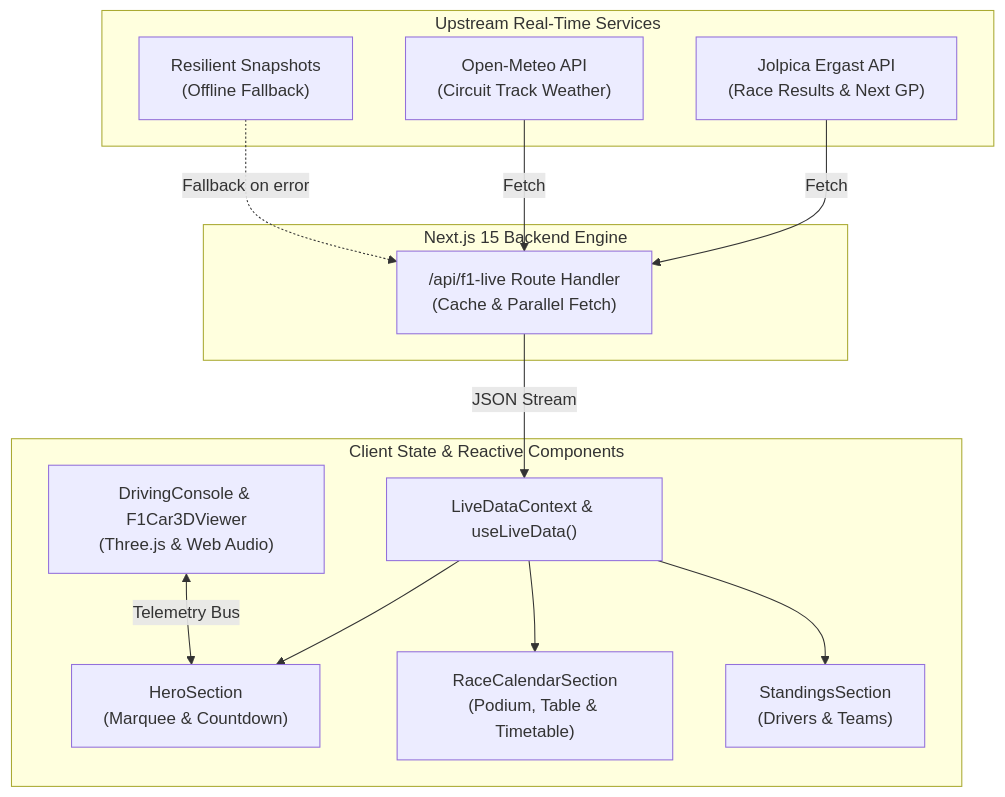
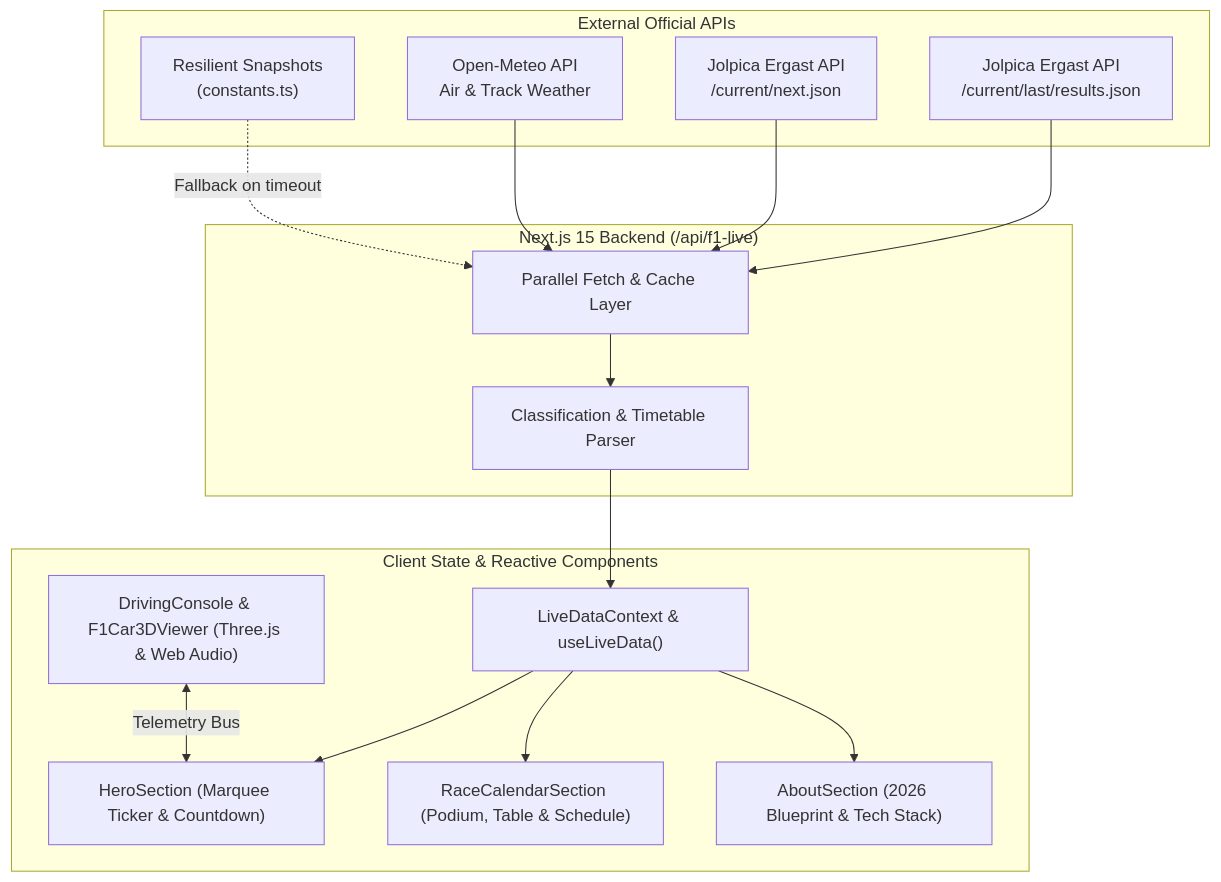
The diagram in README.md (RBharath77/Apexora), drawn with Mermaid before and after one commit. The commit also changed other lines of this file and 7 other files, not shown here.

Commit message:
feat: add animated About section, ABOUT.md blueprint, circuit telemetry SVG, and enhanced README

````diff
--- a/README.md
+++ b/README.md
@@ -92,29 +119,33 @@
 ```mermaid
 flowchart TD
-    subgraph Upstream ["Upstream Real-Time Services"]
-        Jolpica["Jolpica Ergast API\n(Race Results & Next GP)"]
-        OpenMeteo["Open-Meteo API\n(Circuit Track Weather)"]
-        Snapshots["Resilient Snapshots\n(Offline Fallback)"]
+    subgraph DataSources ["External Official APIs"]
+        JolpicaResults["Jolpica Ergast API\n/current/last/results.json"]
+        JolpicaNext["Jolpica Ergast API\n/current/next.json"]
+        OpenMeteo["Open-Meteo API\nAir & Track Weather"]
+        Snapshots["Resilient Snapshots\n(constants.ts)"]
     end
 
-    subgraph Backend ["Next.js 15 Backend Engine"]
-        APIRoute["/api/f1-live Route Handler\n(Cache & Parallel Fetch)"]
+    subgraph Backend ["Next.js 15 Backend (/api/f1-live)"]
+        APIRoute["Parallel Fetch & Cache Layer"]
+        Parser["Classification & Timetable Parser"]
     end
 
     subgraph Client ["Client State & Reactive Components"]
         LiveDataCtx["LiveDataContext & useLiveData()"]
-        HeroSec["HeroSection\n(Marquee & Countdown)"]
-        CalendarSec["RaceCalendarSection\n(Podium, Table & Timetable)"]
-        Cockpit["DrivingConsole & F1Car3DViewer\n(Three.js & Web Audio)"]
-        StandingsSec["StandingsSection\n(Drivers & Teams)"]
+        HeroSec["HeroSection (Marquee Ticker & Countdown)"]
+        CalendarSec["RaceCalendarSection (Podium, Table & Schedule)"]
+        Cockpit["DrivingConsole & F1Car3DViewer (Three.js & Web Audio)"]
+        AboutSec["AboutSection (2026 Blueprint & Tech Stack)"]
     end
 
-    Jolpica -->|Fetch| APIRoute
-    OpenMeteo -->|Fetch| APIRoute
-    Snapshots -.->|Fallback on error| APIRoute
-    APIRoute -->|JSON Stream| LiveDataCtx
+    JolpicaResults --> APIRoute
+    JolpicaNext --> APIRoute
+    OpenMeteo --> APIRoute
+    Snapshots -.->|Fallback on timeout| APIRoute
+    APIRoute --> Parser
+    Parser --> LiveDataCtx
     LiveDataCtx --> HeroSec
     LiveDataCtx --> CalendarSec
-    LiveDataCtx --> StandingsSec
+    LiveDataCtx --> AboutSec
     Cockpit <-->|Telemetry Bus| HeroSec
 ```
````
